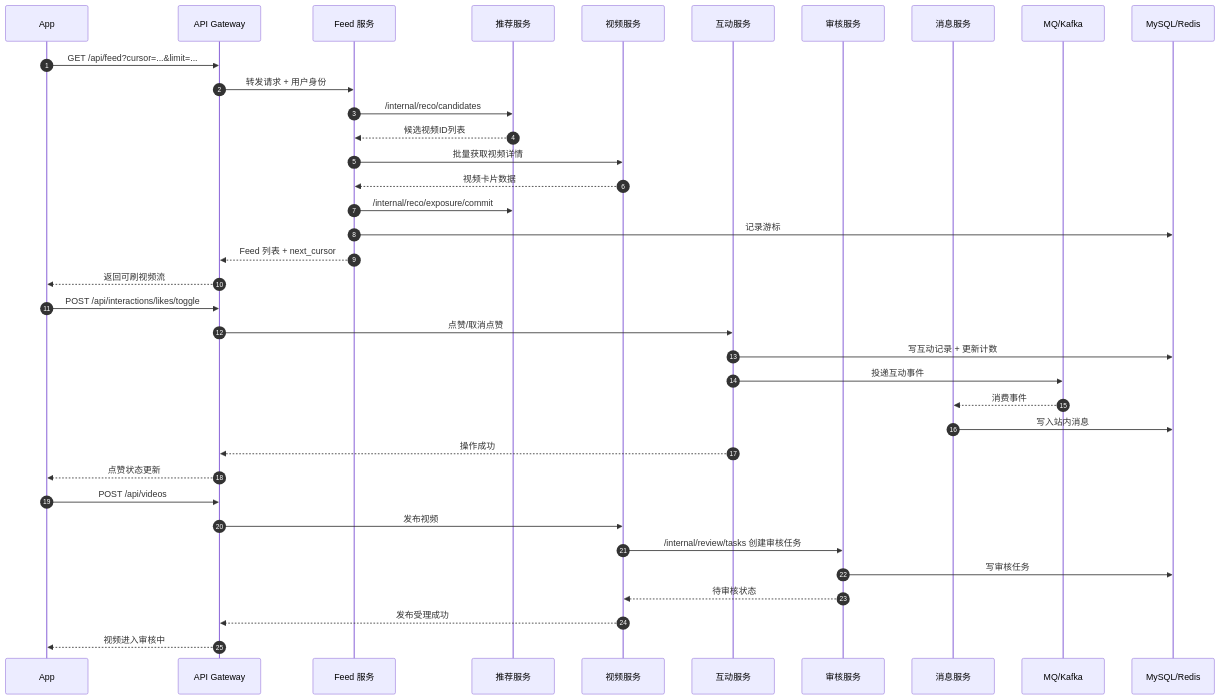
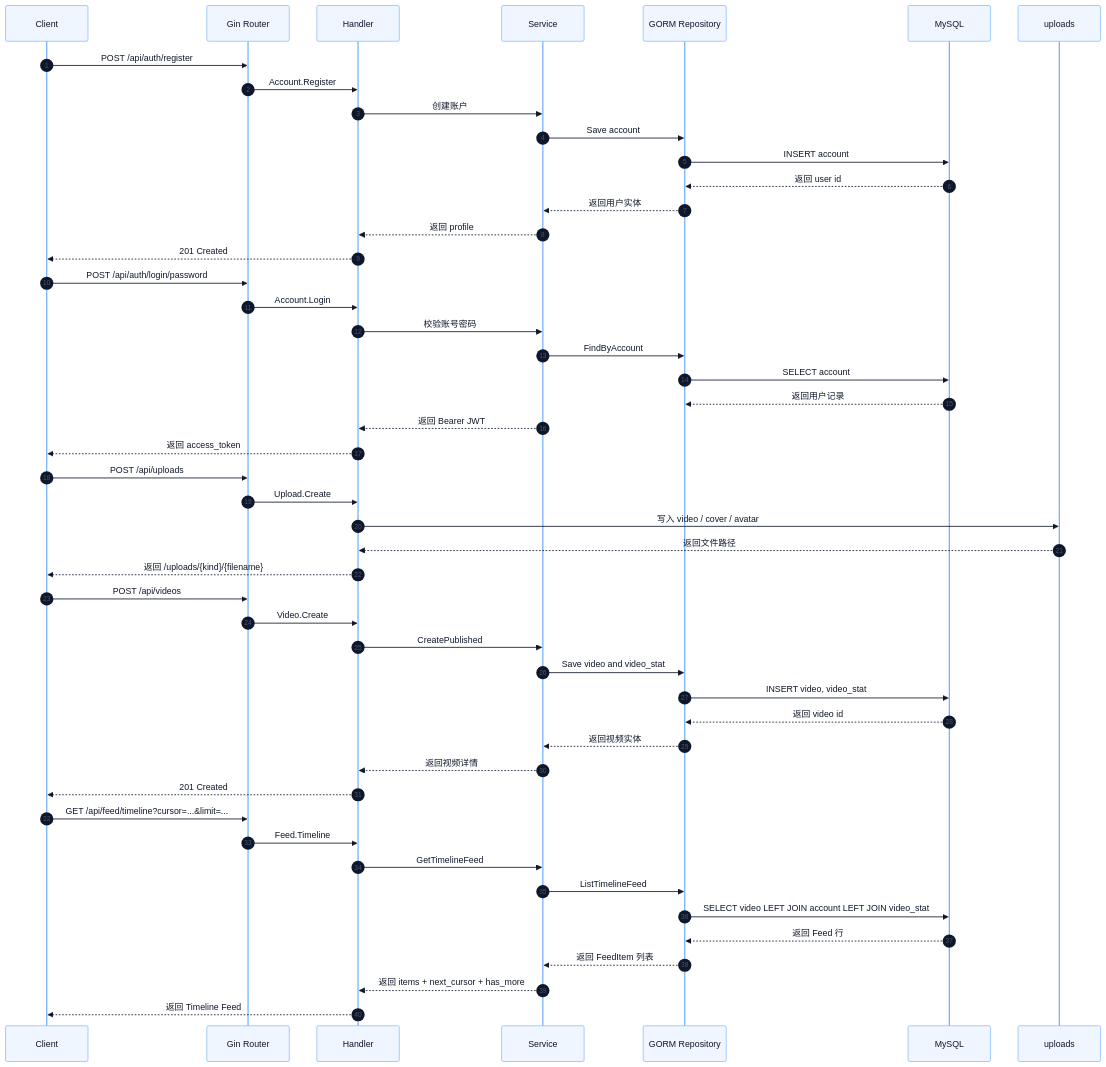
One commit to shiyudesu/frux changed the third of 5 diagrams in docs/architecture.md. Above: the diagram before and after it, drawn with Mermaid. The commit also changed other lines of this file, not shown here.

Commit message:
docs(architecture): 更新 MVP 架构图

````diff
--- a/docs/architecture.md
+++ b/docs/architecture.md
@@ -145,42 +119,71 @@
 ```mermaid
+---
+config:
+  theme: base
+  themeVariables:
+    background: transparent
+    fontFamily: Inter, PingFang SC, Microsoft YaHei, Arial
+    primaryTextColor: "#0F172A"
+    actorBkg: "#EFF6FF"
+    actorBorder: "#60A5FA"
+    actorTextColor: "#0F172A"
+    activationBkgColor: "#DCFCE7"
+    activationBorderColor: "#22C55E"
+    sequenceNumberColor: "#475569"
+    lineColor: "#94A3B8"
+---
 sequenceDiagram
   autonumber
-  participant C as App
-  participant G as API Gateway
-  participant F as Feed 服务
-  participant R as 推荐服务
-  participant V as 视频服务
-  participant I as 互动服务
-  participant RV as 审核服务
-  participant M as 消息服务
-  participant Q as MQ/Kafka
-  participant DB as MySQL/Redis
+  participant C as Client
+  participant R as Gin Router
+  participant H as Handler
+  participant S as Service
+  participant Repo as GORM Repository
+  participant DB as MySQL
+  participant FS as uploads
 
-  C->>G: GET /api/feed?cursor=...&limit=...
-  G->>F: 转发请求 + 用户身份
-  F->>R: /internal/reco/candidates
-  R-->>F: 候选视频ID列表
-  F->>V: 批量获取视频详情
-  V-->>F: 视频卡片数据
-  F->>R: /internal/reco/exposure/commit
-  F->>DB: 记录游标
-  F-->>G: Feed 列表 + next_cursor
-  G-->>C: 返回可刷视频流
+  C->>R: POST /api/auth/register
+  R->>H: Account.Register
+  H->>S: 创建账户
+  S->>Repo: Save account
+  Repo->>DB: INSERT account
+  DB-->>Repo: 返回 user id
+  Repo-->>S: 返回用户实体
+  S-->>H: 返回 profile
+  H-->>C: 201 Created
 
-  C->>G: POST /api/interactions/likes/toggle
-  G->>I: 点赞/取消点赞
-  I->>DB: 写互动记录 + 更新计数
-  I->>Q: 投递互动事件
-  Q-->>M: 消费事件
-  M->>DB: 写入站内消息
-  I-->>G: 操作成功
-  G-->>C: 点赞状态更新
+  C->>R: POST /api/auth/login/password
+  R->>H: Account.Login
+  H->>S: 校验账号密码
+  S->>Repo: FindByAccount
+  Repo->>DB: SELECT account
+  DB-->>Repo: 返回用户记录
+  S-->>H: 返回 Bearer JWT
+  H-->>C: 返回 access_token
 
-  C->>G: POST /api/videos
-  G->>V: 发布视频
-  V->>RV: /internal/review/tasks 创建审核任务
-  RV->>DB: 写审核任务
-  RV-->>V: 待审核状态
-  V-->>G: 发布受理成功
-  G-->>C: 视频进入审核中
+  C->>R: POST /api/uploads
+  R->>H: Upload.Create
+  H->>FS: 写入 video / cover / avatar
+  FS-->>H: 返回文件路径
+  H-->>C: 返回 /uploads/{kind}/{filename}
+
+  C->>R: POST /api/videos
+  R->>H: Video.Create
+  H->>S: CreatePublished
+  S->>Repo: Save video and video_stat
+  Repo->>DB: INSERT video, video_stat
+  DB-->>Repo: 返回 video id
+  Repo-->>S: 返回视频实体
+  S-->>H: 返回视频详情
+  H-->>C: 201 Created
+
+  C->>R: GET /api/feed/timeline?cursor=...&limit=...
+  R->>H: Feed.Timeline
+  H->>S: GetTimelineFeed
+  S->>Repo: ListTimelineFeed
+  Repo->>DB: SELECT video LEFT JOIN account LEFT JOIN video_stat
+  DB-->>Repo: 返回 Feed 行
+  Repo-->>S: 返回 FeedItem 列表
+  S-->>H: 返回 items + next_cursor + has_more
+  H-->>C: 返回 Timeline Feed
 ```
````
